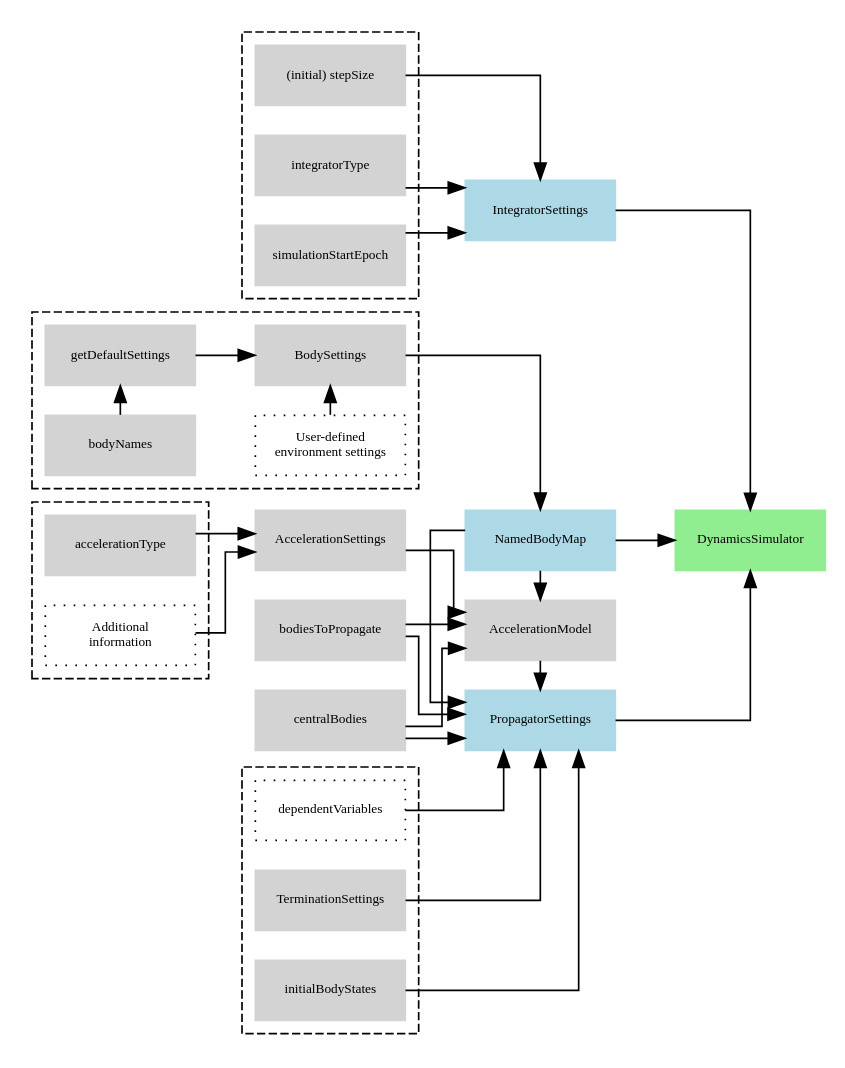
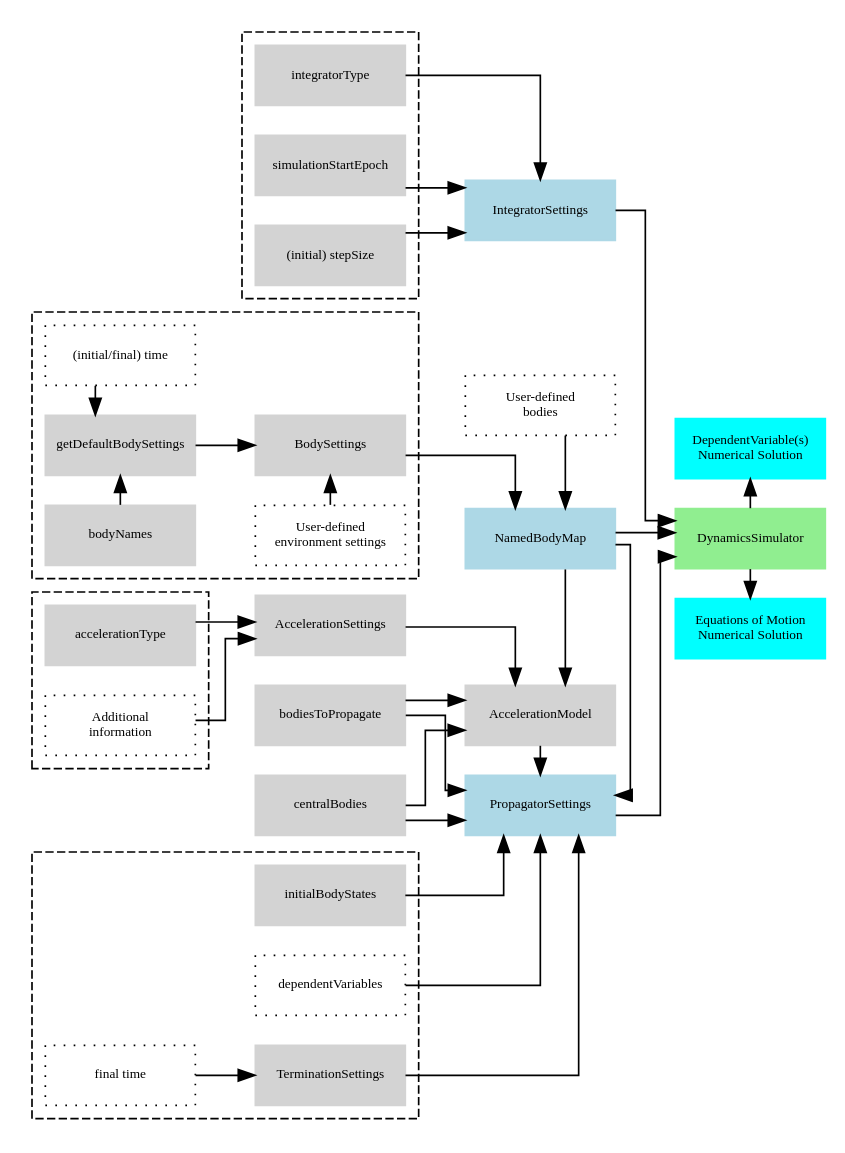
One commit to Tudat/tudat changed the first of 2 diagrams in tutorials/tudatFeatures/index.rst. Above: the diagram before and after it, drawn with Graphviz. The commit also changed other lines of this file and 3 other files, not shown here.

```diff
--- a/tutorials/tudatFeatures/index.rst
+++ b/tutorials/tudatFeatures/index.rst
@@ -12,6 +12,7 @@
       # general graph settings    
       rankdir = "LR";
       splines = ortho;
+      compound = true;
       
 
       # general node settings 
@@ -21,6 +22,7 @@
       # specific node color settings
       DynamicsSimulator [color = lightgreen];
       IntegratorSettings, NamedBodyMap, PropagatorSettings [color = lightblue];
+      "DependentVariable(s)\nNumerical Solution", "Equations of Motion\nNumerical Solution" [color = cyan]; 
 
 
       # Hyperlinks (Sphinx auto referencing not working here, need to link to exact web adres)
@@ -52,26 +54,34 @@
       subgraph clusterPropagatorSettings
       {   
          style = dashed;
-         dependentVariables, TerminationSettings, initialBodyStates;
          dependentVariables [style = dotted , fillcolor = lightgrey, color = black];
+         "final time" -> TerminationSettings;
+         "final time" [style = dotted, fillcolor = lightgrey, color = black];
+         {rank = same; dependentVariables, TerminationSettings, initialBodyStates}
+
       }
 
 
       # BodySettings input
       "User-defined \nenvironment settings" -> BodySettings;
-      getDefaultSettings -> BodySettings;
-      bodyNames -> getDefaultSettings;
+      getDefaultBodySettings -> BodySettings;
+      bodyNames -> getDefaultBodySettings;
 
 
       # NamedBodyMap input
       BodySettings -> NamedBodyMap;
+      "User-defined \nbodies" [style = dotted, fillcolor = lightgrey, color = black];
+      "User-defined \nbodies" -> NamedBodyMap;
+      "(initial/final) time" -> "User-defined \nbodies" [style = invis];
 
       subgraph clusterNamedBodyMap
       {   
          style = dashed;
+         "(initial/final) time" -> getDefaultBodySettings;
+         "(initial/final) time" [style = dotted, fillcolor = lightgrey, color = black];
          "User-defined \nenvironment settings" [style = dotted , fillcolor = lightgrey, color = black];
          { rank = same; "User-defined \nenvironment settings", BodySettings } 
-         { rank = same; bodyNames, getDefaultSettings } 
+         { rank = same; bodyNames, getDefaultBodySettings, "(initial/final) time" } 
       }
      
 
@@ -103,7 +113,16 @@
          style = dashed;
          integratorType, simulationStartEpoch, "(initial) stepSize";
       } 
+
+      {rank = same; DynamicsSimulator, "Equations of Motion\nNumerical Solution", "DependentVariable(s)\nNumerical Solution"};
+
+      DynamicsSimulator -> "Equations of Motion\nNumerical Solution";
+      DynamicsSimulator -> "DependentVariable(s)\nNumerical Solution" [constraint = false];
+
+     
                
-      # Define rank of some blocks for nice alignment 
-      { rank = same; PropagatorSettings, IntegratorSettings, NamedBodyMap, AccelerationModel }
+      # Define rank and connections of some blocks for positioning 
+      {rank = same; PropagatorSettings, IntegratorSettings, NamedBodyMap, AccelerationModel, "User-defined \nbodies" }
+      "(initial/final) time" -> simulationStartEpoch [style = invis];		
+
    }
```
